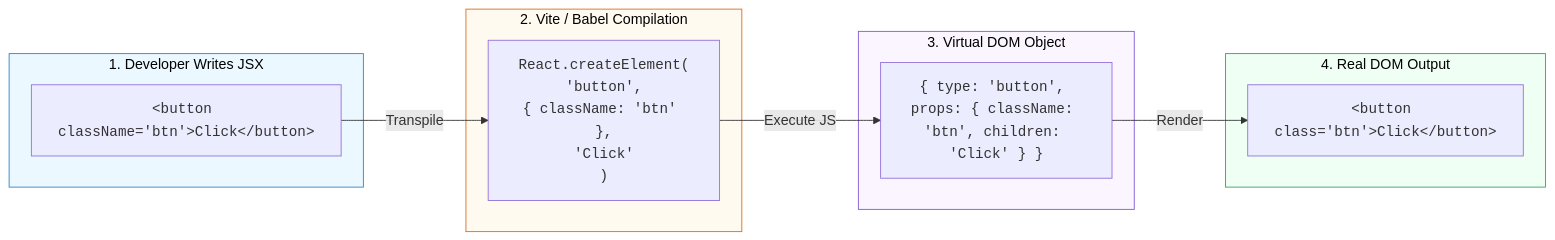
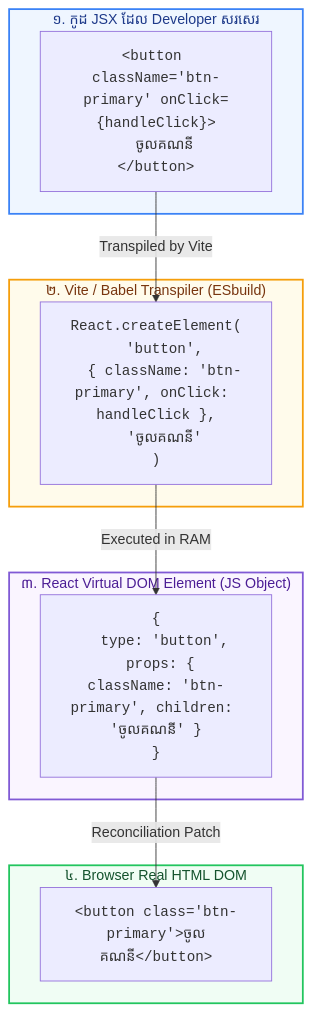
Before and after one commit to Ari-ICU/full-stack-short-coures: the diagram in src/courses/react/module-1-tooling-architecture/03-jsx-syntax.mdx, drawn with Mermaid. The commit also changed other lines of this file and 1 other file, not shown here.

Commit message:
docs: update JSX syntax and functional components course lessons

````diff
--- a/src/courses/react/module-1-tooling-architecture/03-jsx-syntax.mdx
+++ b/src/courses/react/module-1-tooling-architecture/03-jsx-syntax.mdx
@@ -25,27 +45,27 @@
 ```mermaid
-flowchart LR
-    subgraph Step1["1. Developer Writes JSX"]
-        A["<code>&lt;button className='btn'&gt;Click&lt;/button&gt;</code>"]
+flowchart TD
+    subgraph Step1["១. កូដ JSX ដែល Developer សរសេរ"]
+        A["<code>&lt;button className='btn-primary' onClick={handleClick}&gt;<br>  ចូលគណនី<br>&lt;/button&gt;</code>"]
     end
 
-    subgraph Step2["2. Vite / Babel Compilation"]
-        B["<code>React.createElement(<br>'button',<br>{ className: 'btn' },<br>'Click'<br>)</code>"]
+    subgraph Step2["២. Vite / Babel Transpiler (ESbuild)"]
+        B["<code>React.createElement(<br>  'button',<br>  { className: 'btn-primary', onClick: handleClick },<br>  'ចូលគណនី'<br>)</code>"]
     end
 
-    subgraph Step3["3. Virtual DOM Object"]
-        C["<code>{ type: 'button', props: { className: 'btn', children: 'Click' } }</code>"]
+    subgraph Step3["៣. React Virtual DOM Element (JS Object)"]
+        C["<code>{<br>  type: 'button',<br>  props: { className: 'btn-primary', children: 'ចូលគណនី' }<br>}</code>"]
     end
 
-    subgraph Step4["4. Real DOM Output"]
-        D["<code>&lt;button class='btn'&gt;Click&lt;/button&gt;</code>"]
+    subgraph Step4["៤. Browser Real HTML DOM"]
+        D["<code>&lt;button class='btn-primary'&gt;ចូលគណនី&lt;/button&gt;</code>"]
     end
 
-    A -->|Transpile| B
-    B -->|Execute JS| C
-    C -->|Render| D
+    A -->|Transpiled by Vite| B
+    B -->|Executed in RAM| C
+    C -->|Reconciliation Patch| D
 
-    style Step1 fill:#ebf8ff,stroke:#3182ce,color:#000
-    style Step2 fill:#fffaf0,stroke:#dd6b20,color:#000
-    style Step3 fill:#faf5ff,stroke:#805ad5,color:#000
-    style Step4 fill:#f0fff4,stroke:#38a169,color:#000
+    style Step1 fill:#eff6ff,stroke:#3b82f6,stroke-width:2px,color:#1e3a8a
+    style Step2 fill:#fffbeb,stroke:#f59e0b,stroke-width:2px,color:#78350f
+    style Step3 fill:#faf5ff,stroke:#805ad5,stroke-width:2px,color:#4c1d95
+    style Step4 fill:#f0fdf4,stroke:#22c55e,stroke-width:2px,color:#14532d
 ```
````
